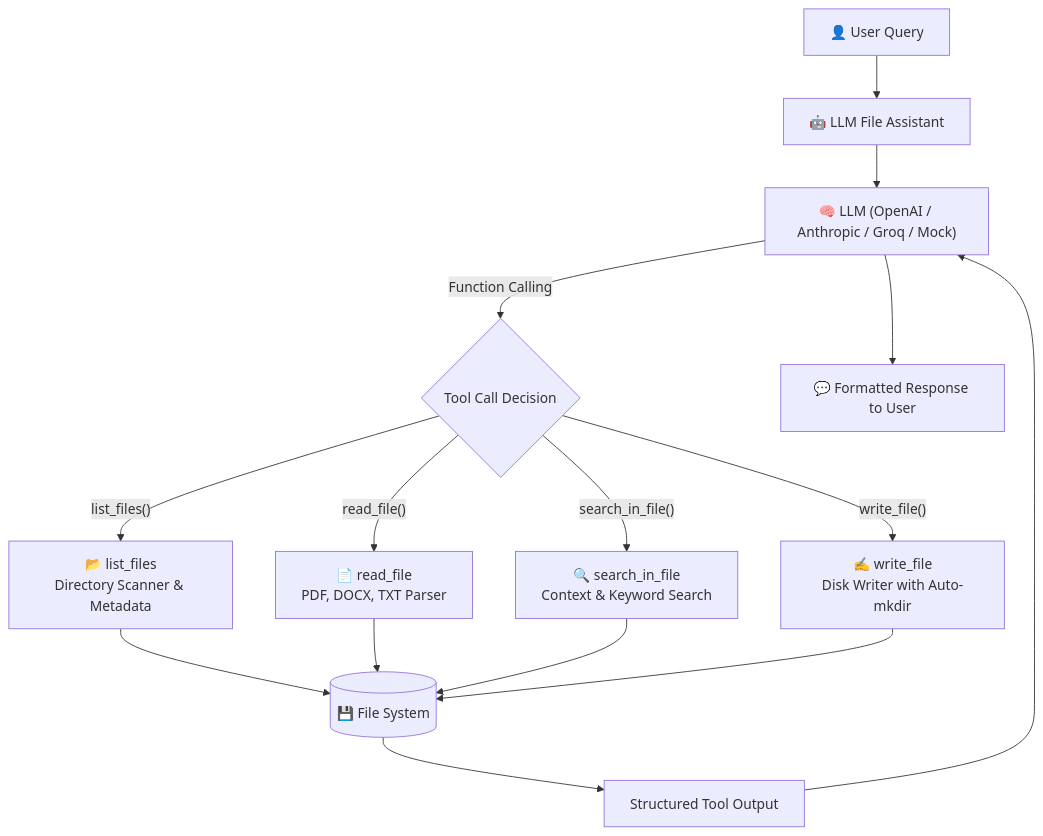
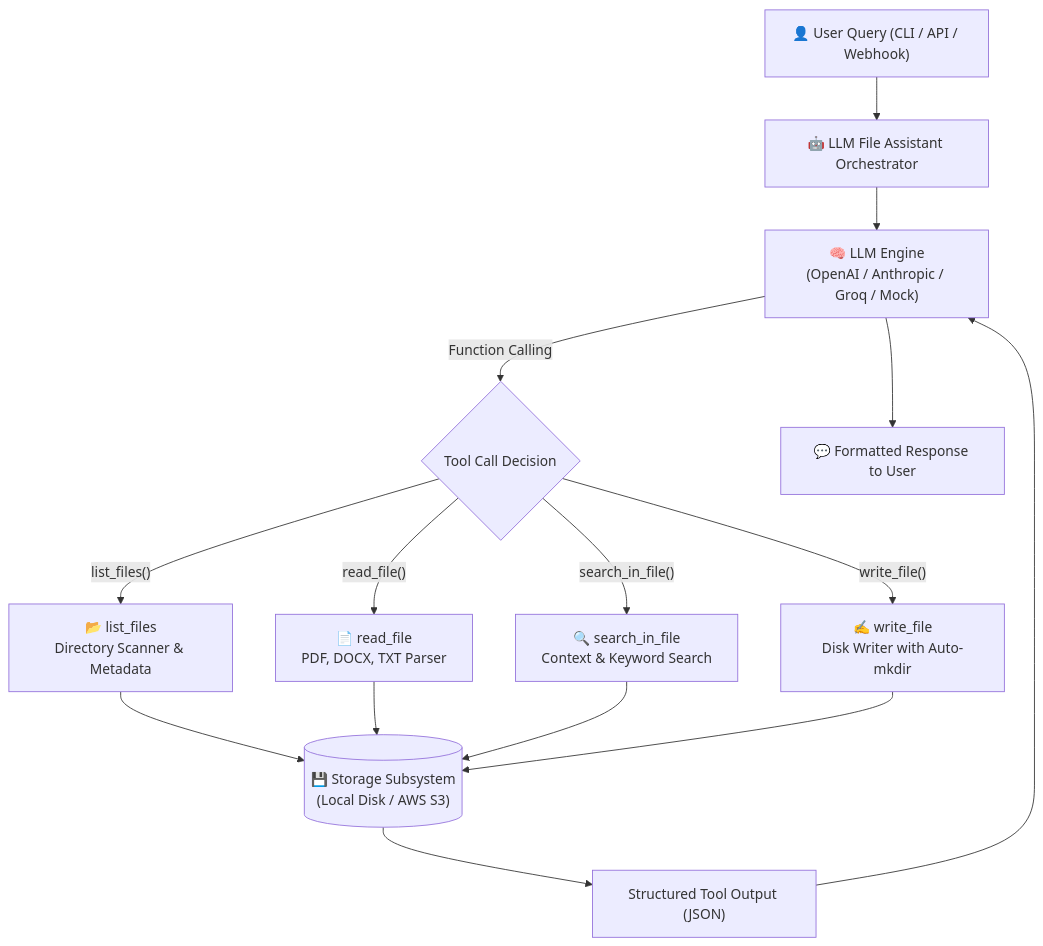
One commit to Shubhankart101/LLM-PoweredFileSystemAssistant changed the first of 3 diagrams in README.md. Above: the diagram before and after it, drawn with Mermaid. The commit also changed other lines of this file and 18 other files, not shown here.

Commit message:
Add pipeline architecture, Docker containerization, AWS Terraform infra, and docs hub

````diff
--- a/README.md
+++ b/README.md
@@ -19,21 +46,21 @@
 ```mermaid
 flowchart TD
-    User["👤 User Query"] --> Assistant["🤖 LLM File Assistant"]
-    Assistant --> LLM["🧠 LLM (OpenAI / Anthropic / Groq / Mock)"]
+    User["👤 User Query (CLI / API / Webhook)"] --> Assistant["🤖 LLM File Assistant Orchestrator"]
+    Assistant --> LLM["🧠 LLM Engine<br/>(OpenAI / Anthropic / Groq / Mock)"]
     
     LLM -- Function Calling --> ToolDecision{"Tool Call Decision"}
     
     ToolDecision -->|"list_files()"| T1["📂 list_files<br/>Directory Scanner & Metadata"]
     ToolDecision -->|"read_file()"| T2["📄 read_file<br/>PDF, DOCX, TXT Parser"]
     ToolDecision -->|"search_in_file()"| T3["🔍 search_in_file<br/>Context & Keyword Search"]
     ToolDecision -->|"write_file()"| T4["✍️ write_file<br/>Disk Writer with Auto-mkdir"]
     
-    T1 --> FileSys[("💾 File System")]
+    T1 --> FileSys[("💾 Storage Subsystem<br/>(Local Disk / AWS S3)")]
     T2 --> FileSys
     T3 --> FileSys
     T4 --> FileSys
     
-    FileSys --> Results["Structured Tool Output"]
+    FileSys --> Results["Structured Tool Output (JSON)"]
     Results --> LLM
     LLM --> Final["💬 Formatted Response to User"]
 ```
````
